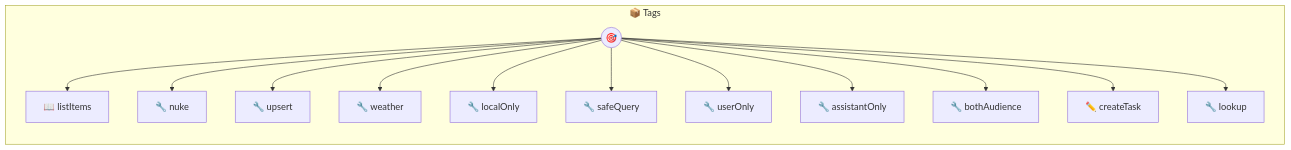
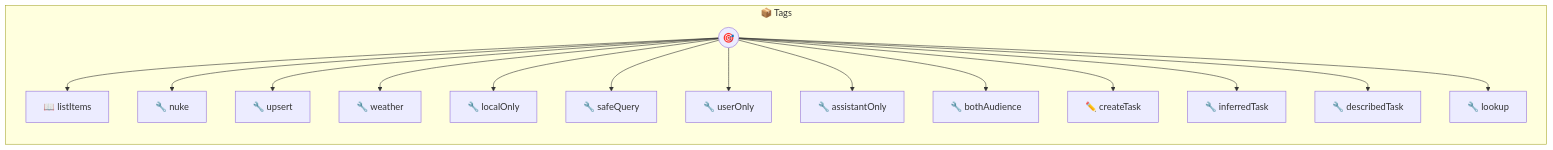
One commit to portel-dev/photons changed the diagram in tags.md. Above: the diagram before and after it, drawn with Mermaid. The commit also changed other lines of this file and 3 other files, not shown here.

````diff
--- a/tags.md
+++ b/tags.md
@@ -166,29 +190,33 @@
 ```mermaid
 flowchart LR
     subgraph tags["📦 Tags"]
         direction TB
         PHOTON((🎯))
         T0[📖 listItems]
         PHOTON --> T0
         T1[🔧 nuke]
         PHOTON --> T1
         T2[🔧 upsert]
         PHOTON --> T2
         T3[🔧 weather]
         PHOTON --> T3
         T4[🔧 localOnly]
         PHOTON --> T4
         T5[🔧 safeQuery]
         PHOTON --> T5
         T6[🔧 userOnly]
         PHOTON --> T6
         T7[🔧 assistantOnly]
         PHOTON --> T7
         T8[🔧 bothAudience]
         PHOTON --> T8
         T9[✏️ createTask]
         PHOTON --> T9
-        T10[🔧 lookup]
+        T10[🔧 inferredTask]
         PHOTON --> T10
+        T11[🔧 describedTask]
+        PHOTON --> T11
+        T12[🔧 lookup]
+        PHOTON --> T12
     end
 ```
````
